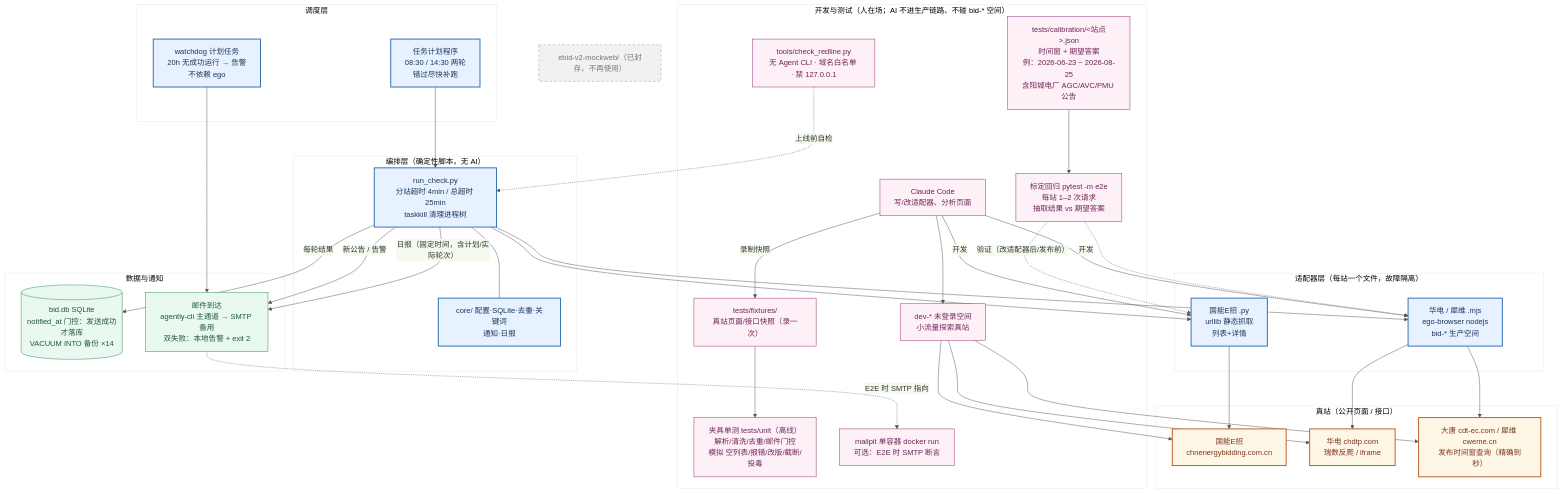
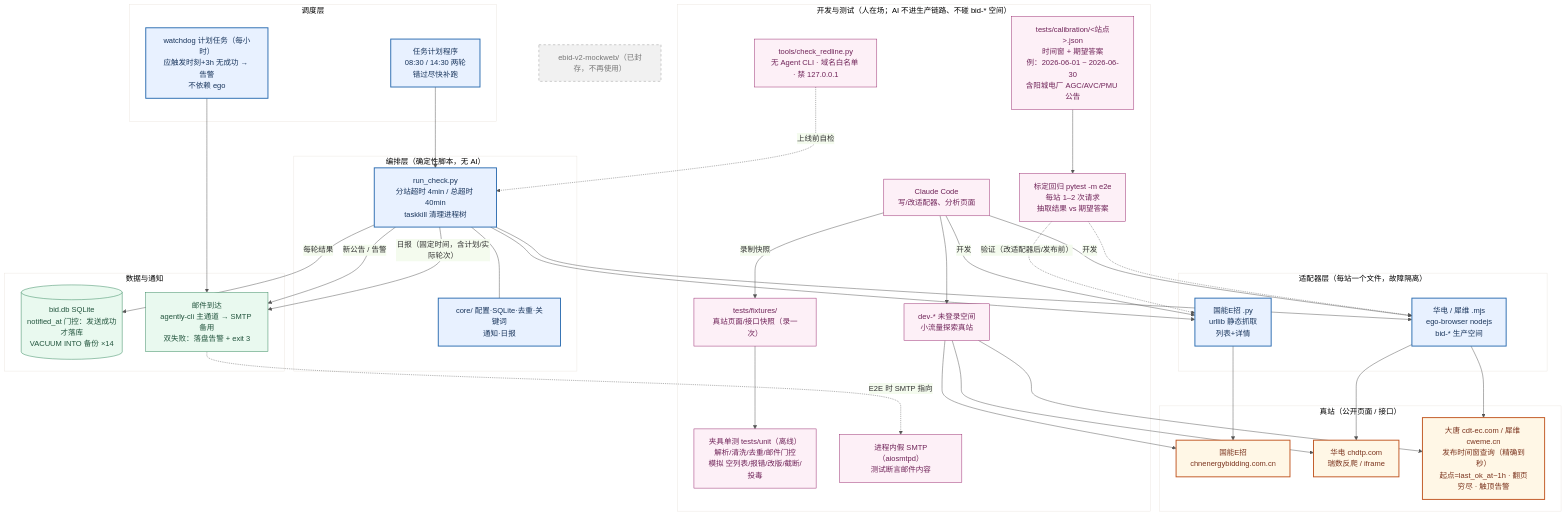
Before and after one commit to 18809887736/ebid: the diagram in ebid-v2-topology.mmd, drawn with Mermaid. The commit also changed 2 other files, not shown here.

```diff
--- a/ebid-v2-topology.mmd
+++ b/ebid-v2-topology.mmd
@@ -1,70 +1,70 @@
 %%{init: {"theme": "base", "themeVariables": {"fontFamily": "Microsoft YaHei, sans-serif", "primaryColor": "#eef4fb", "lineColor": "#555"}}}%%
 flowchart TB
   classDef prod fill:#e8f1ff,stroke:#2b6cb0,stroke-width:2px,color:#1a365d
   classDef store fill:#e9f9ef,stroke:#2f855a,color:#22543d
   classDef site fill:#fff7e6,stroke:#c05621,stroke-width:2px,color:#7b341e
   classDef test fill:#fdf0f7,stroke:#97266d,color:#702459
   classDef dead fill:#f1f1f1,stroke:#999,stroke-dasharray:5 5,color:#777
 
   subgraph SCHED["调度层"]
     TS["任务计划程序<br/>08:30 / 14:30 两轮<br/>错过尽快补跑"]:::prod
-    WD["watchdog 计划任务<br/>20h 无成功运行 → 告警<br/>不依赖 ego"]:::prod
+    WD["watchdog 计划任务（每小时）<br/>应触发时刻+3h 无成功 → 告警<br/>不依赖 ego"]:::prod
   end
 
   subgraph CORE["编排层（确定性脚本，无 AI）"]
-    RC["run_check.py<br/>分站超时 4min / 总超时 25min<br/>taskkill 清理进程树"]:::prod
+    RC["run_check.py<br/>分站超时 4min / 总超时 40min<br/>taskkill 清理进程树"]:::prod
     CM["core/ 配置·SQLite·去重·关键词<br/>通知·日报"]:::prod
     RC --- CM
   end
 
   subgraph ADPT["适配器层（每站一个文件，故障隔离）"]
     AGN["国能E招 .py<br/>urllib 静态抓取<br/>列表+详情"]:::prod
     AMJ["华电 / 犀维 .mjs<br/>ego-browser nodejs<br/>bid-* 生产空间"]:::prod
   end
 
   subgraph DATA["数据与通知"]
     DB[("bid.db SQLite<br/>notified_at 门控：发送成功才落库<br/>VACUUM INTO 备份 ×14")]:::store
-    MAIL["邮件到达<br/>agently-cli 主通道 → SMTP 备用<br/>双失败：本地告警 + exit 2"]:::store
+    MAIL["邮件到达<br/>agently-cli 主通道 → SMTP 备用<br/>双失败：落盘告警 + exit 3"]:::store
   end
 
   subgraph WEB["真站（公开页面 / 接口）"]
     S1["国能E招<br/>chnenergybidding.com.cn"]:::site
     S2["华电 chdtp.com<br/>瑞数反爬 / iframe"]:::site
-    S3["大唐 cdt-ec.com / 犀维 cweme.cn<br/>发布时间窗查询（精确到秒）"]:::site
+    S3["大唐 cdt-ec.com / 犀维 cweme.cn<br/>发布时间窗查询（精确到秒）<br/>起点=last_ok_at−1h · 翻页穷尽 · 触顶告警"]:::site
   end
 
   TS --> RC
   RC --> AGN --> S1
   RC --> AMJ --> S2
   AMJ --> S3
   RC -->|"新公告 / 告警"| MAIL
   RC -->|"每轮结果"| DB
   RC -->|"日报（固定时间，含计划/实际轮次）"| MAIL
   WD --> MAIL
 
   subgraph DEVT["开发与测试（人在场；AI 不进生产链路、不碰 bid-* 空间）"]
     AI["Claude Code<br/>写/改适配器、分析页面"]:::test
     DEV["dev-* 未登录空间<br/>小流量探索真站"]:::test
     FIX["tests/fixtures/<br/>真站页面/接口快照（录一次）"]:::test
     UNIT["夹具单测 tests/unit（离线）<br/>解析/清洗/去重/邮件门控<br/>模拟 空列表/报错/改版/截断/投毒"]:::test
-    CAL["tests/calibration/&lt;站点&gt;.json<br/>时间窗 + 期望答案<br/>例：2026-06-23 ~ 2026-08-25<br/>含阳城电厂 AGC/AVC/PMU 公告"]:::test
+    CAL["tests/calibration/&lt;站点&gt;.json<br/>时间窗 + 期望答案<br/>例：2026-06-01 ~ 2026-06-30<br/>含阳城电厂 AGC/AVC/PMU 公告"]:::test
     E2E["标定回归 pytest -m e2e<br/>每站 1–2 次请求<br/>抽取结果 vs 期望答案"]:::test
-    MP["mailpit 单容器 docker run<br/>可选：E2E 时 SMTP 断言"]:::test
+    MP["进程内假 SMTP（aiosmtpd）<br/>测试断言邮件内容"]:::test
     CHK["tools/check_redline.py<br/>无 Agent CLI · 域名白名单 · 禁 127.0.0.1"]:::test
   end
 
   AI -->|"开发"| AMJ
   AI -->|"开发"| AGN
   AI --> DEV
   DEV --> S1
   DEV --> S2
   DEV --> S3
   AI -->|"录制快照"| FIX
   FIX --> UNIT
   CAL --> E2E
   E2E -.->|"验证（改适配器后/发布前）"| AGN
   E2E -.-> AMJ
   MAIL -.->|"E2E 时 SMTP 指向"| MP
   CHK -.->|"上线前自检"| RC
 
   MOCK["ebid-v2-mockweb/（已封存，不再使用）"]:::dead
```
